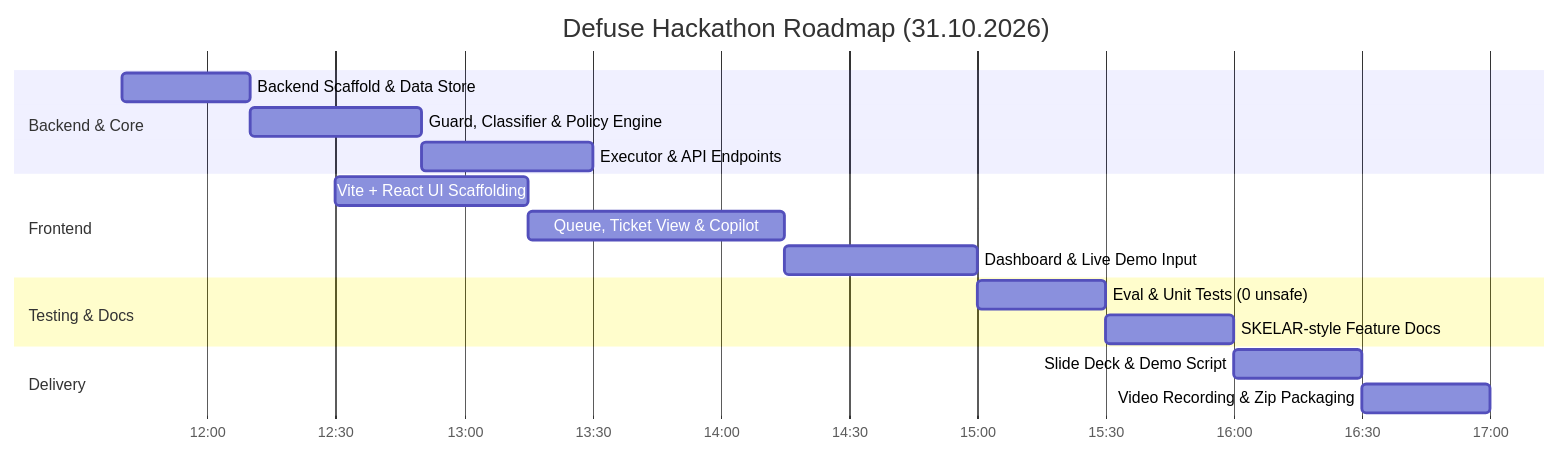
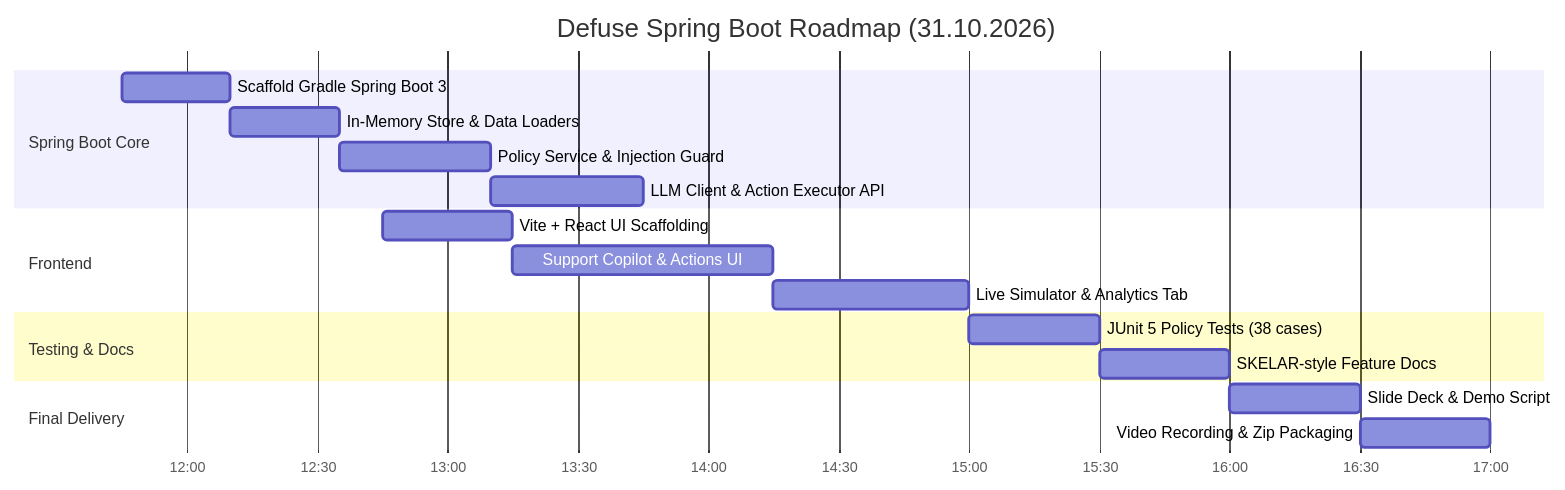
One commit to MrmaderatorYT/skelar-resolvai changed the diagram in .roadmap.md. Above: the diagram before and after it, drawn with Mermaid. The commit also changed other lines of this file and 2 other files, not shown here.

Commit message:
Migrate tech stack to Java 17 / Spring Boot 3

````diff
--- a/.roadmap.md
+++ b/.roadmap.md
@@ -52,24 +38,25 @@
 ```mermaid
 gantt
-    title Defuse Hackathon Roadmap (31.10.2026)
+    title Defuse Spring Boot Roadmap (31.10.2026)
     dateFormat  HH:mm
     axisFormat %H:%M
 
-    section Backend & Core
-    Backend Scaffold & Data Store     :11:40, 30m
-    Guard, Classifier & Policy Engine :12:10, 40m
-    Executor & API Endpoints          :12:50, 40m
+    section Spring Boot Core
+    Scaffold Gradle Spring Boot 3     :11:45, 25m
+    In-Memory Store & Data Loaders    :12:10, 25m
+    Policy Service & Injection Guard  :12:35, 35m
+    LLM Client & Action Executor API  :13:10, 35m
 
     section Frontend
-    Vite + React UI Scaffolding       :12:30, 45m
-    Queue, Ticket View & Copilot      :13:15, 60m
-    Dashboard & Live Demo Input       :14:15, 45m
+    Vite + React UI Scaffolding       :12:45, 30m
+    Support Copilot & Actions UI      :13:15, 60m
+    Live Simulator & Analytics Tab    :14:15, 45m
 
     section Testing & Docs
-    Eval & Unit Tests (0 unsafe)      :15:00, 30m
+    JUnit 5 Policy Tests (38 cases)   :15:00, 30m
     SKELAR-style Feature Docs         :15:30, 30m
 
-    section Delivery
+    section Final Delivery
     Slide Deck & Demo Script          :16:00, 30m
     Video Recording & Zip Packaging   :16:30, 30m
 ```
````
